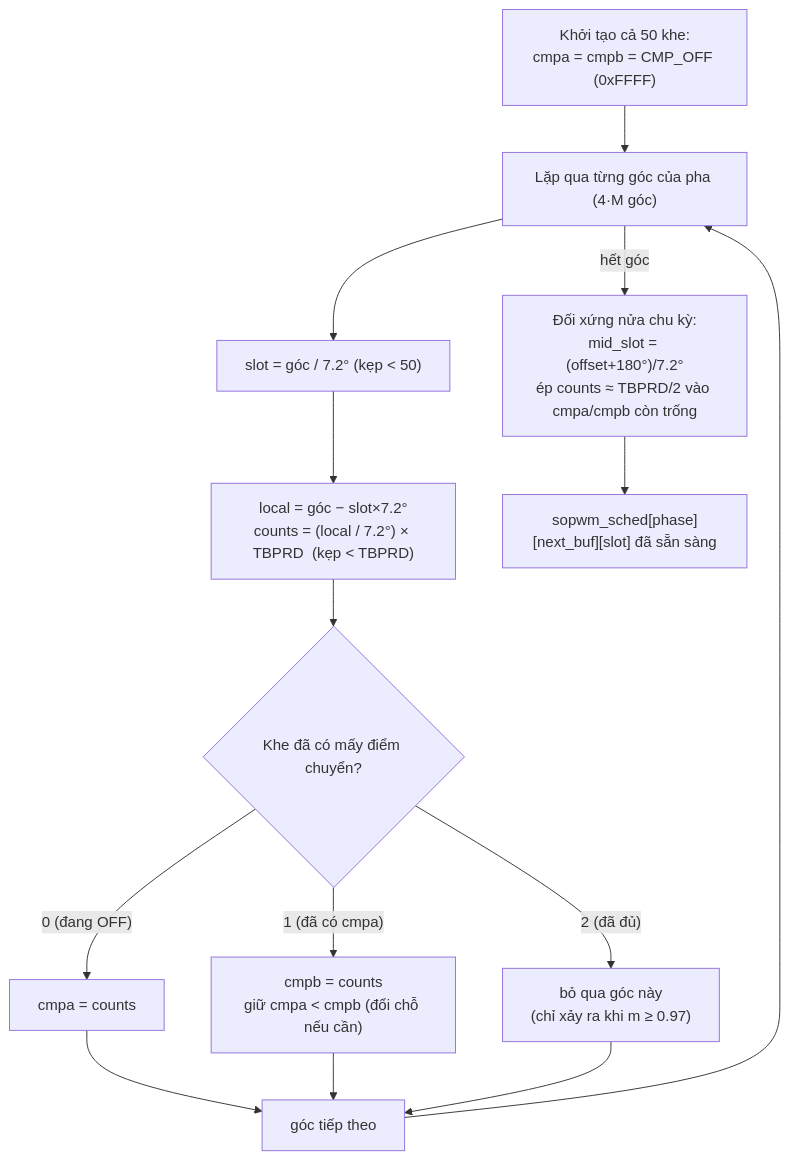
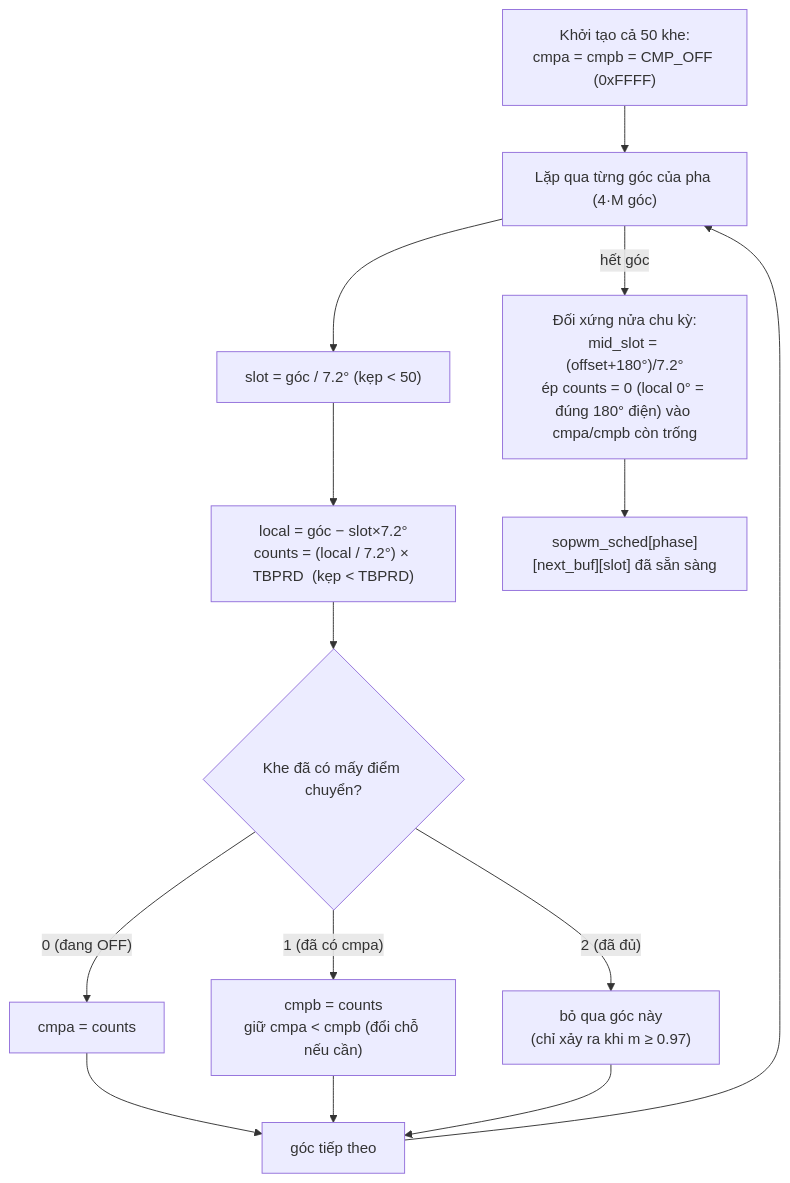
The third of 4 diagrams in sopwm_flow.md (ZeitZeitZeit/openloop_pwm_syscfg), drawn with Mermaid before and after one commit. The commit also changed other lines of this file and 16 other files, not shown here.

````diff
--- a/sopwm_flow.md
+++ b/sopwm_flow.md
@@ -47,17 +47,17 @@
 ```mermaid
 flowchart TB
     INIT["Khởi tạo cả 50 khe:<br/>cmpa = cmpb = CMP_OFF (0xFFFF)"]
     --> LOOP["Lặp qua từng góc của pha (4·M góc)"]
     LOOP --> SLOT["slot = góc / 7.2°  (kẹp < 50)"]
     SLOT --> CNT["local = góc − slot×7.2°<br/>counts = (local / 7.2°) × TBPRD  (kẹp < TBPRD)"]
     CNT --> CHK{"Khe đã có mấy điểm chuyển?"}
     CHK -- "0 (đang OFF)" --> A["cmpa = counts"]
     CHK -- "1 (đã có cmpa)" --> B["cmpb = counts<br/>giữ cmpa < cmpb (đổi chỗ nếu cần)"]
     CHK -- "2 (đã đủ)" --> D["bỏ qua góc này<br/>(chỉ xảy ra khi m ≥ 0.97)"]
     A --> NEXT
     B --> NEXT
     D --> NEXT["góc tiếp theo"]
     NEXT --> LOOP
-    LOOP -- "hết góc" --> HW["Đối xứng nửa chu kỳ:<br/>mid_slot = (offset+180°)/7.2°<br/>ép counts ≈ TBPRD/2 vào cmpa/cmpb còn trống"]
+    LOOP -- "hết góc" --> HW["Đối xứng nửa chu kỳ:<br/>mid_slot = (offset+180°)/7.2°<br/>ép counts = 0 (local 0° = đúng 180° điện) vào cmpa/cmpb còn trống"]
     HW --> DONE["sopwm_sched[phase][next_buf][slot] đã sẵn sàng"]
 ```
````
